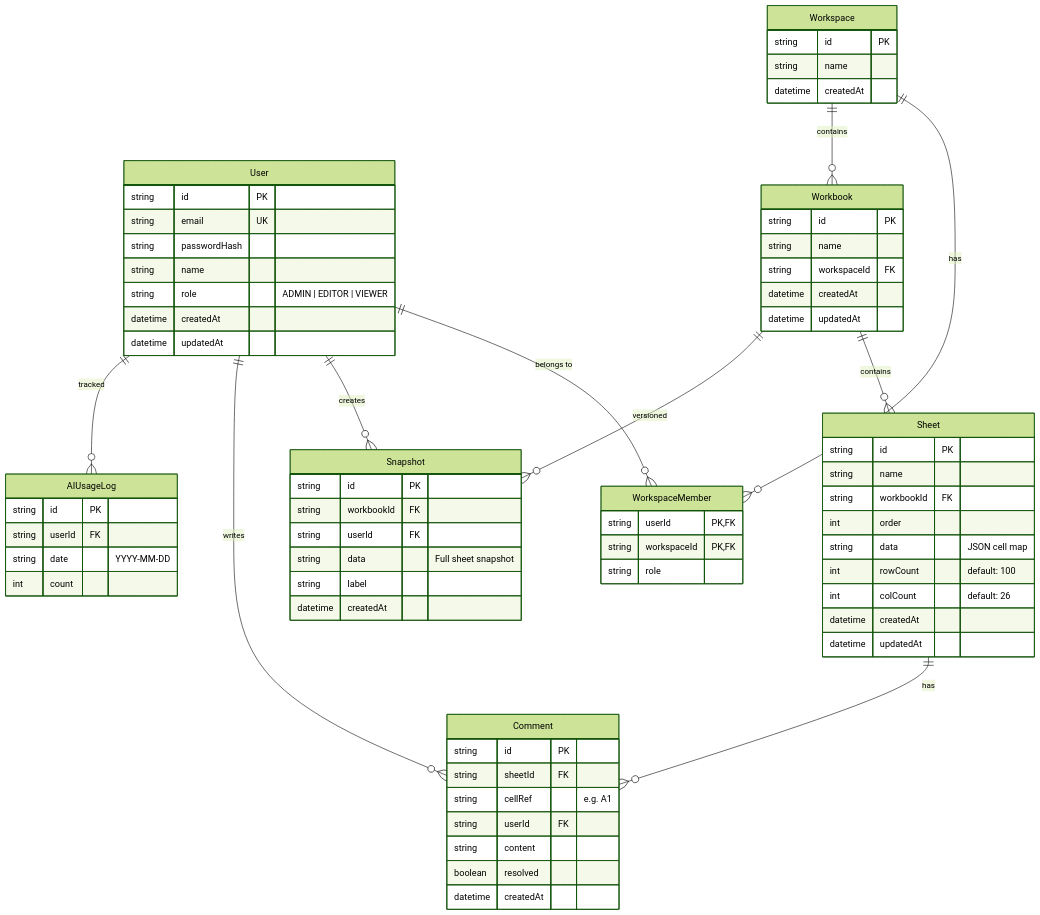
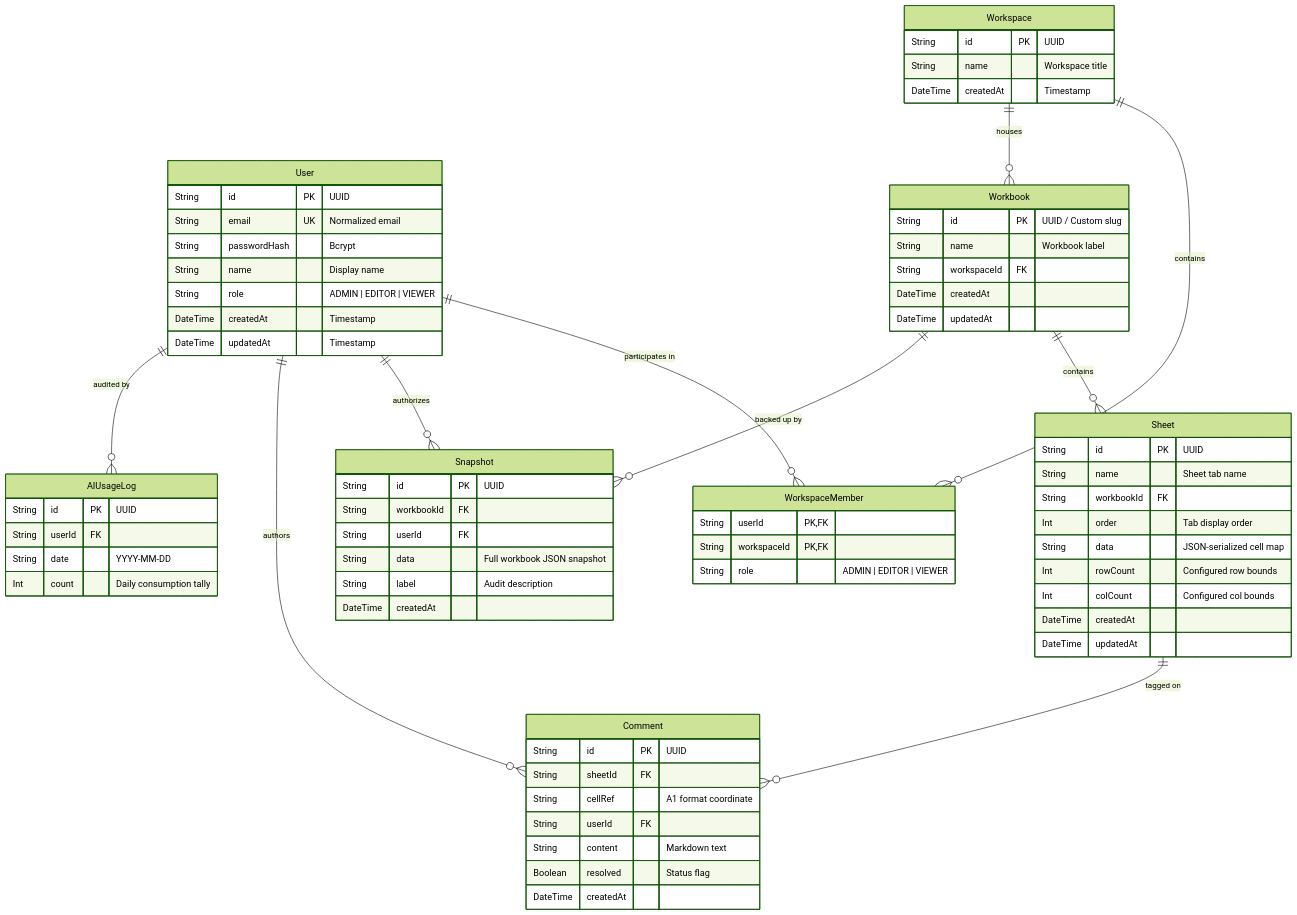
One commit to narwal4421/dora-sheet changed the fourth of 4 diagrams in README.md. Above: the diagram before and after it, drawn with Mermaid (forest theme). The commit also changed other lines of this file, not shown here.

````diff
--- a/README.md
+++ b/README.md
@@ -460,80 +427,80 @@
 ```mermaid
 erDiagram
-    User ||--o{ WorkspaceMember : "belongs to"
-    User ||--o{ Snapshot : "creates"
-    User ||--o{ Comment : "writes"
-    User ||--o{ AIUsageLog : "tracked"
-    Workspace ||--o{ WorkspaceMember : "has"
-    Workspace ||--o{ Workbook : "contains"
+    User ||--o{ WorkspaceMember : "participates in"
+    User ||--o{ Snapshot : "authorizes"
+    User ||--o{ Comment : "authors"
+    User ||--o{ AIUsageLog : "audited by"
+    Workspace ||--o{ WorkspaceMember : "contains"
+    Workspace ||--o{ Workbook : "houses"
     Workbook ||--o{ Sheet : "contains"
-    Workbook ||--o{ Snapshot : "versioned"
-    Sheet ||--o{ Comment : "has"
+    Workbook ||--o{ Snapshot : "backed up by"
+    Sheet ||--o{ Comment : "tagged on"
 
     User {
-        string id PK
-        string email UK
-        string passwordHash
-        string name
-        string role "ADMIN | EDITOR | VIEWER"
-        datetime createdAt
-        datetime updatedAt
+        String id PK "UUID"
+        String email UK "Normalized email"
+        String passwordHash "Bcrypt"
+        String name "Display name"
+        String role "ADMIN | EDITOR | VIEWER"
+        DateTime createdAt "Timestamp"
+        DateTime updatedAt "Timestamp"
     }
 
     Workspace {
-        string id PK
-        string name
-        datetime createdAt
+        String id PK "UUID"
+        String name "Workspace title"
+        DateTime createdAt "Timestamp"
     }
 
     WorkspaceMember {
-        string userId PK,FK
-        string workspaceId PK,FK
-        string role
+        String userId PK,FK
+        String workspaceId PK,FK
+        String role "ADMIN | EDITOR | VIEWER"
     }
 
     Workbook {
-        string id PK
-        string name
-        string workspaceId FK
-        datetime createdAt
-        datetime updatedAt
+        String id PK "UUID / Custom slug"
+        String name "Workbook label"
+        String workspaceId FK
+        DateTime createdAt
+        DateTime updatedAt
     }
 
     Sheet {
-        string id PK
-        string name
-        string workbookId FK
-        int order
-        string data "JSON cell map"
-        int rowCount "default: 100"
-        int colCount "default: 26"
-        datetime createdAt
-        datetime updatedAt
+        String id PK "UUID"
+        String name "Sheet tab name"
+        String workbookId FK
+        Int order "Tab display order"
+        String data "JSON-serialized cell map"
+        Int rowCount "Configured row bounds"
+        Int colCount "Configured col bounds"
+        DateTime createdAt
+        DateTime updatedAt
     }
 
     Snapshot {
-        string id PK
-        string workbookId FK
-        string userId FK
-        string data "Full sheet snapshot"
-        string label
-        datetime createdAt
+        String id PK "UUID"
+        String workbookId FK
+        String userId FK
+        String data "Full workbook JSON snapshot"
+        String label "Audit description"
+        DateTime createdAt
     }
 
     Comment {
-        string id PK
-        string sheetId FK
-        string cellRef "e.g. A1"
-        string userId FK
-        string content
-        boolean resolved
-        datetime createdAt
+        String id PK "UUID"
+        String sheetId FK
+        String cellRef "A1 format coordinate"
+        String userId FK
+        String content "Markdown text"
+        Boolean resolved "Status flag"
+        DateTime createdAt
     }
 
     AIUsageLog {
-        string id PK
-        string userId FK
-        string date "YYYY-MM-DD"
-        int count
+        String id PK "UUID"
+        String userId FK
+        String date "YYYY-MM-DD"
+        Int count "Daily consumption tally"
     }
 ```
````
